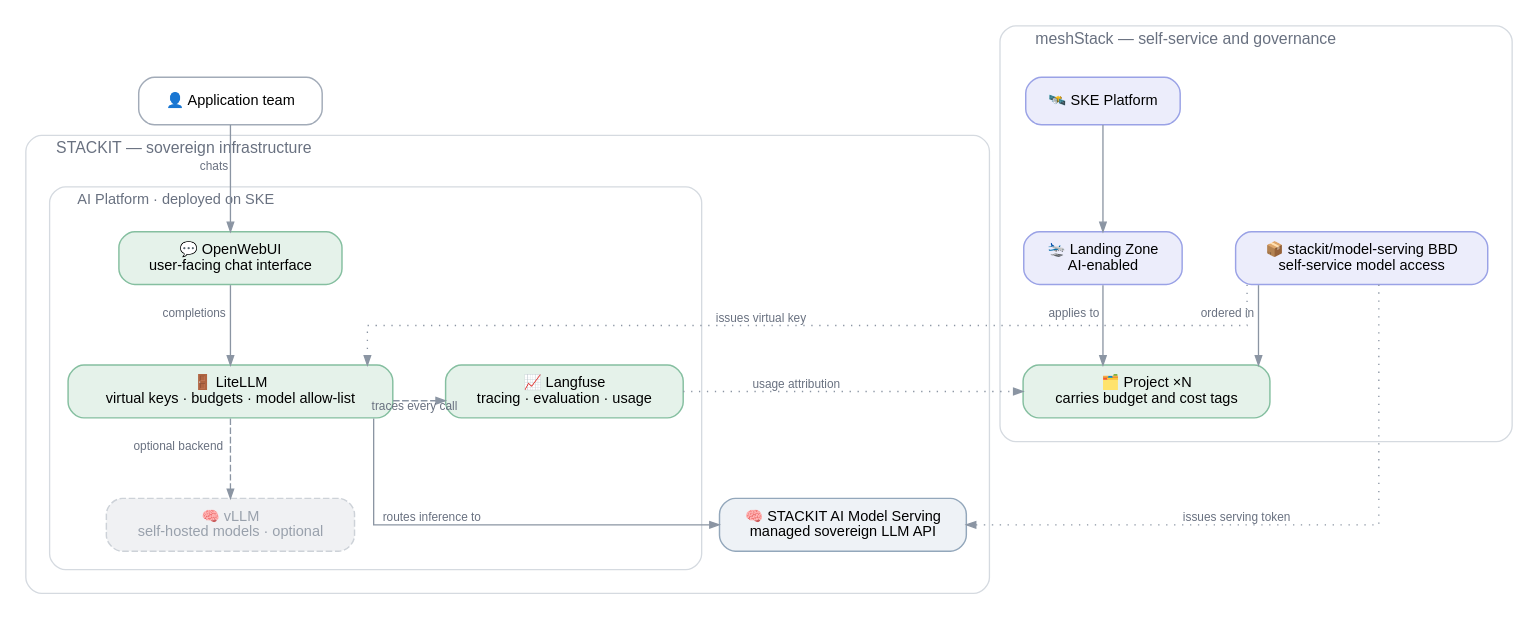
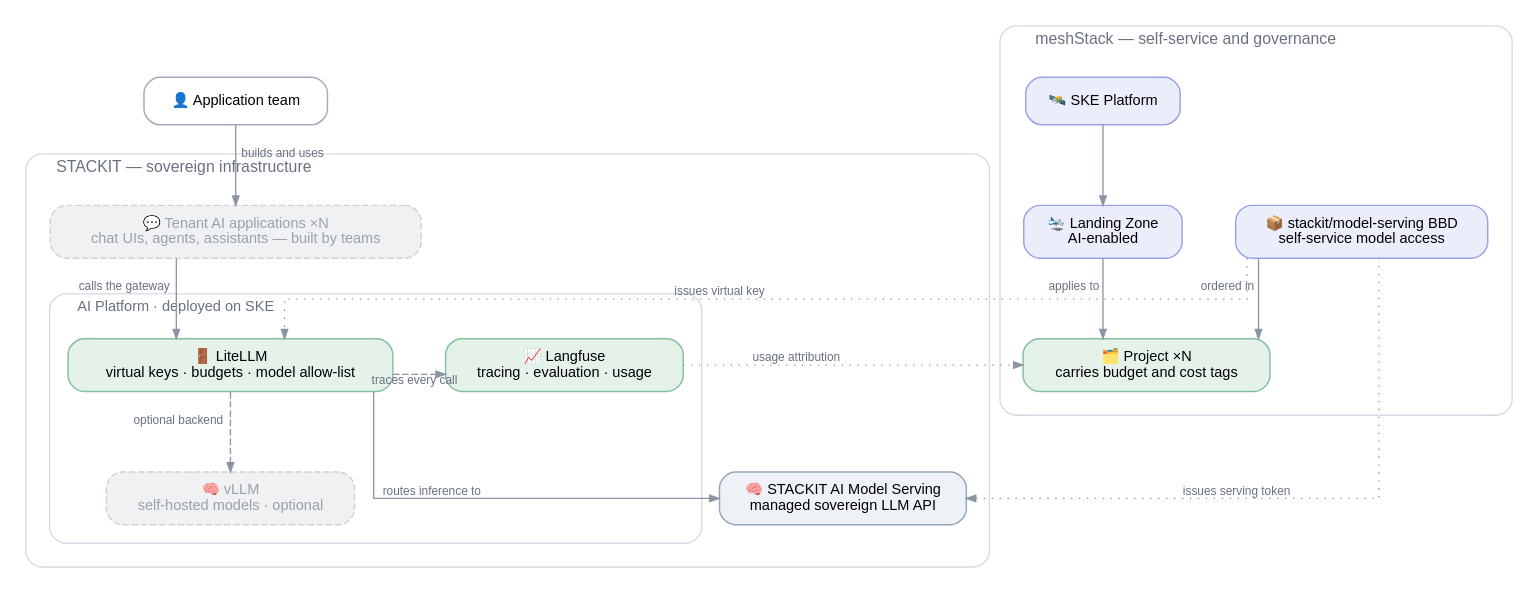
One commit to meshcloud/meshstack-hub changed the diagram in reference-architectures/stackit-ai/stackit-ai.dot. Above: the diagram before and after it, drawn with Graphviz. The commit also changed 6 other files, not shown here.

```diff
--- a/reference-architectures/stackit-ai/stackit-ai.dot
+++ b/reference-architectures/stackit-ai/stackit-ai.dot
@@ -1,74 +1,76 @@
 /*
  * STACKIT AI reference architecture — governed, observable sovereign model serving.
  * Conventions: .agents/references/diagrams.md — render with: task diagrams
  */
 digraph stackit_ai {
   rankdir=TB
   splines=ortho
   forcelabels=true
   bgcolor="white"
   nodesep=0.55
   ranksep=0.85
 
   node [shape=box style="rounded,filled" fontname="Helvetica" fontsize=11
         fillcolor="#ffffff" color="#a2abb8" penwidth=1.1 margin="0.20,0.11"]
   edge [fontname="Helvetica" fontsize=9 fontcolor="#697180" color="#8b95a3" arrowsize=0.7]
 
   USER [label="👤 Application team" fillcolor="#ffffff" color="#a2abb8"]
 
   subgraph cluster_stackit {
     label="  STACKIT — sovereign infrastructure"
     labeljust=l
     fontname="Helvetica" fontsize=12 fontcolor="#697180"
     style="rounded" color="#d5dae0"
     margin=18
 
     subgraph cluster_stack {
       label="  AI Platform · deployed on SKE"
       labeljust=l
       fontname="Helvetica" fontsize=11 fontcolor="#697180"
       style="rounded" color="#d5dae0"
       margin=14
 
-      WEBUI    [label="💬 OpenWebUI\nuser-facing chat interface" fillcolor="#e5f2ea" color="#85bfa0"]
       LITELLM  [label="🚪 LiteLLM\nvirtual keys · budgets · model allow-list" fillcolor="#e5f2ea" color="#85bfa0"]
       LANGFUSE [label="📈 Langfuse\ntracing · evaluation · usage" fillcolor="#e5f2ea" color="#85bfa0"]
       VLLM     [label="🧠 vLLM\nself-hosted models · optional"
                 fillcolor="#f0f1f3" color="#cdd2d8" fontcolor="#99a1ac" style="rounded,filled,dashed"]
 
       { rank=same; LITELLM -> LANGFUSE [style=invis] }
 
-      WEBUI   -> LITELLM  [xlabel="completions"]
       LITELLM -> LANGFUSE [xlabel="traces every call" style=dashed constraint=false]
       LITELLM -> VLLM     [xlabel="optional backend" style=dashed]
     }
 
+    APPS [label="💬 Tenant AI applications ×N\nchat UIs, agents, assistants — built by teams"
+          fillcolor="#f0f1f3" color="#cdd2d8" fontcolor="#99a1ac" style="rounded,filled,dashed"]
+
     MODEL [label="🧠 STACKIT AI Model Serving\nmanaged sovereign LLM API" fillcolor="#eef2f6" color="#93a7bb"]
 
-    LITELLM -> MODEL [xlabel="routes inference to"]
+    APPS    -> LITELLM [xlabel="calls the gateway"]
+    LITELLM -> MODEL   [xlabel="routes inference to"]
   }
 
   subgraph cluster_mesh {
     label="  meshStack — self-service and governance"
     labeljust=l
     fontname="Helvetica" fontsize=12 fontcolor="#697180"
     style="rounded" color="#d5dae0"
     margin=18
 
     PLAT  [label="🛰️ SKE Platform" fillcolor="#ecedfb" color="#9aa2e6"]
     LZ    [label="🛬 Landing Zone\nAI-enabled" fillcolor="#ecedfb" color="#9aa2e6"]
     BBD_M [label="📦 stackit/model-serving BBD\nself-service model access" fillcolor="#ecedfb" color="#9aa2e6"]
     PROJ  [label="🗂️ Project ×N\ncarries budget and cost tags" fillcolor="#e5f2ea" color="#85bfa0"]
 
     { rank=same; LZ -> BBD_M [style=invis] }
 
     PLAT  -> LZ
     LZ    -> PROJ  [xlabel="applies to"]
     BBD_M -> PROJ  [xlabel="ordered in" constraint=false]
   }
 
-  USER  -> WEBUI    [xlabel="chats"]
+  USER  -> APPS     [xlabel="builds and uses"]
   BBD_M -> LITELLM  [xlabel="issues virtual key" style=dotted constraint=false]
   BBD_M -> MODEL    [xlabel="issues serving token" style=dotted constraint=false]
   LANGFUSE -> PROJ  [xlabel="usage attribution" style=dotted constraint=false]
 }
```
